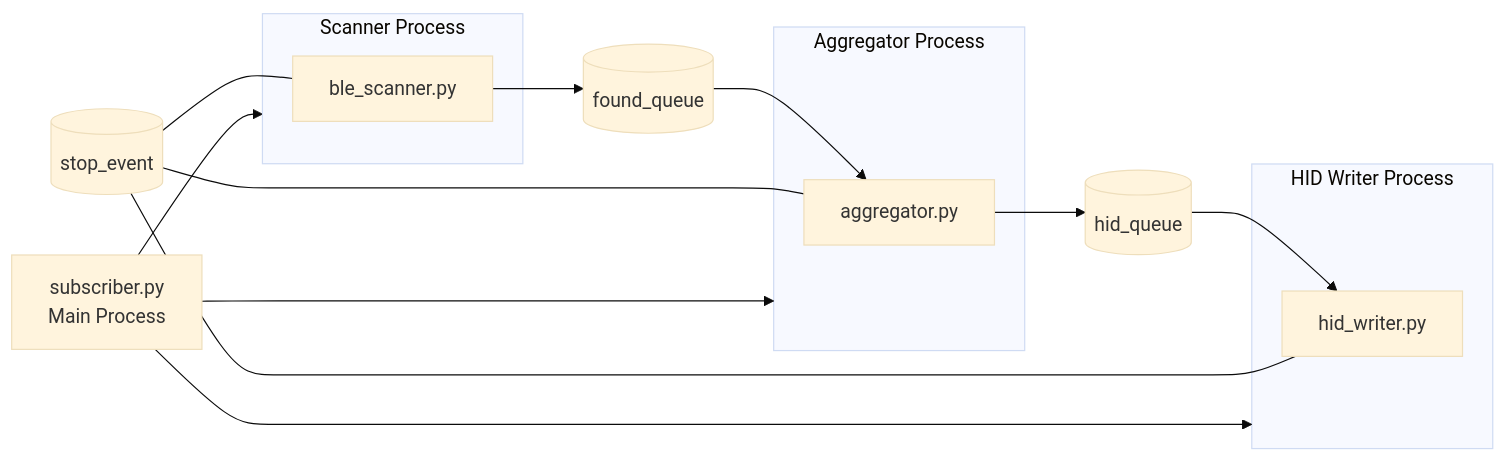
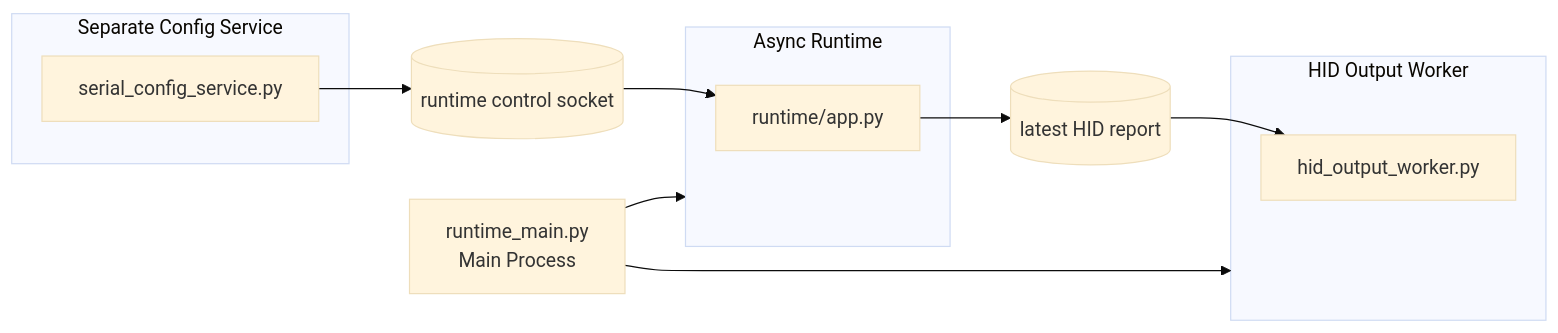
The diagram in docs/flow-multicore-processes.md (ssh-vom/OpenArcade), drawn with Mermaid (base theme) before and after one commit. The commit also changed other lines of this file and 29 other files, not shown here.

````diff
--- a/docs/flow-multicore-processes.md
+++ b/docs/flow-multicore-processes.md
@@ -3,25 +3,20 @@
 ```mermaid
 flowchart LR
-    Main[subscriber.py\nMain Process]
-    subgraph ScannerProc["Scanner Process"]
-        Scanner[ble_scanner.py]
+    Main[runtime_main.py\nMain Process]
+    subgraph RuntimeProc["Async Runtime"]
+        Runtime[runtime/app.py]
     end
-    subgraph AggregatorProc["Aggregator Process"]
-        Aggregator[aggregator.py]
+    subgraph HidProc["HID Output Worker"]
+        HID[hid_output_worker.py]
     end
-    subgraph HidProc["HID Writer Process"]
-        HID[hid_writer.py]
+    subgraph ConfigSvc["Separate Config Service"]
+        Config[serial_config_service.py]
     end
-    FoundQ[(found_queue)]
-    HidQ[(hid_queue)]
-    Stop[(stop_event)]
+    RuntimeSock[(runtime control socket)]
+    HidQ[(latest HID report)]
 
-    Main --> ScannerProc
-    Main --> AggregatorProc
+    Main --> RuntimeProc
     Main --> HidProc
-    Scanner --> FoundQ --> Aggregator
-    Aggregator --> HidQ --> HID
-    Stop --- Scanner
-    Stop --- Aggregator
-    Stop --- HID
+    Config --> RuntimeSock --> Runtime
+    Runtime --> HidQ --> HID
 ```
````
